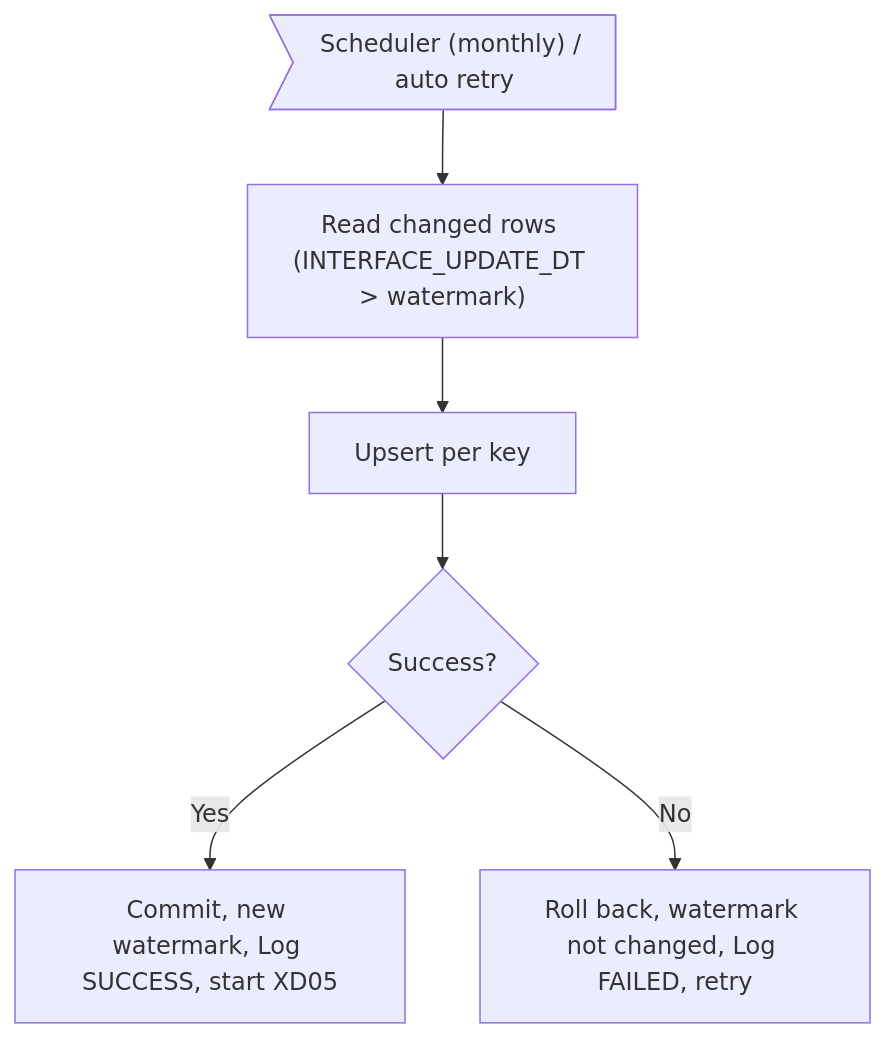
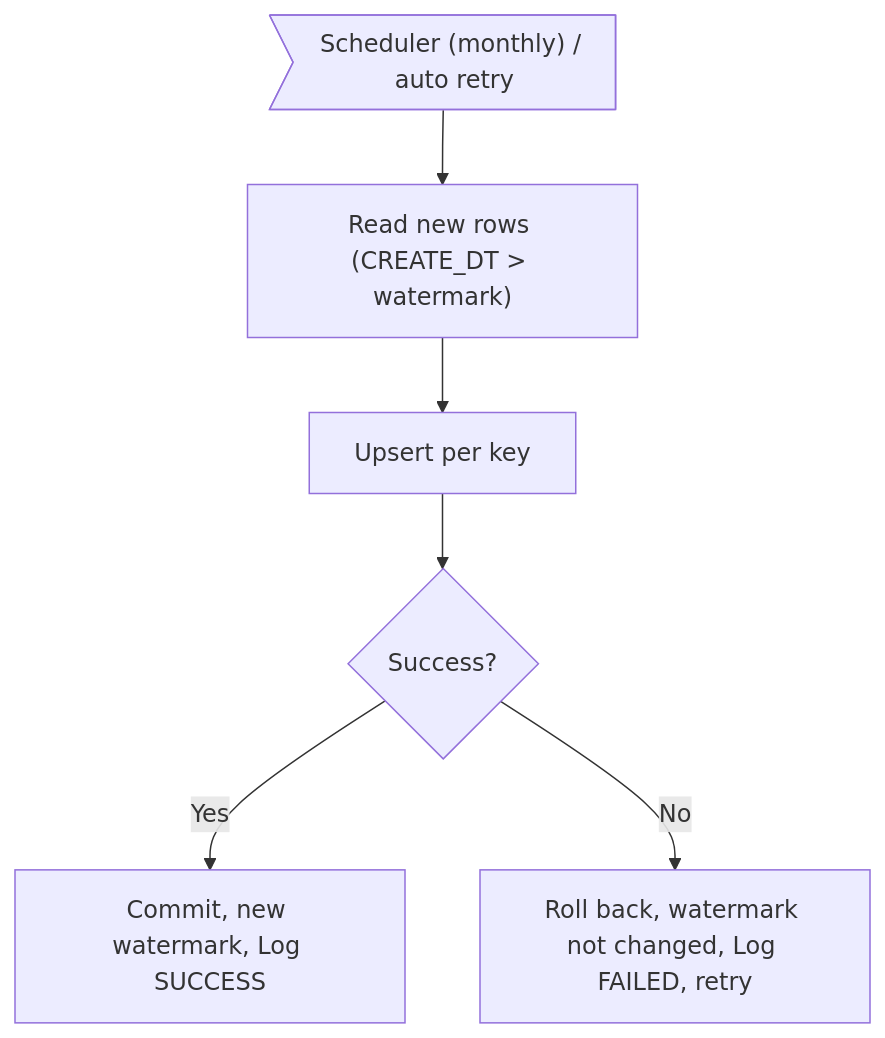
The first of 2 diagrams in prepare_code/uiss/XD04_Batch_ActualDemandSummarySync.md (ivanrayhannn/crossdockpoc), drawn with Mermaid before and after one commit. The commit also changed other lines of this file and 20 other files, not shown here.

````diff
--- a/prepare_code/uiss/XD04_Batch_ActualDemandSummarySync.md
+++ b/prepare_code/uiss/XD04_Batch_ActualDemandSummarySync.md
@@ -26,14 +26,14 @@
 ```mermaid
 flowchart TB
   a>"Scheduler (monthly) / auto retry"]
-  b["Read changed rows (INTERFACE_UPDATE_DT > watermark)"]
+  b["Read new rows (CREATE_DT > watermark)"]
   c["Upsert per key"]
   d{"Success?"}
-  e["Commit, new watermark, Log SUCCESS, start XD05"]
+  e["Commit, new watermark, Log SUCCESS"]
   f["Roll back, watermark not changed, Log FAILED, retry"]
   a --> b
   b --> c
   c --> d
   d -->|Yes| e
   d -->|No| f
 ```
````
